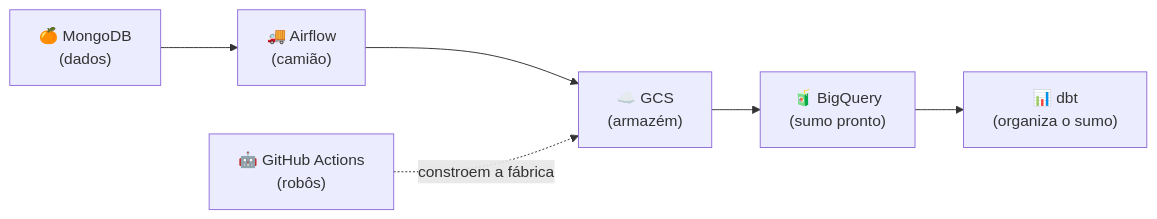
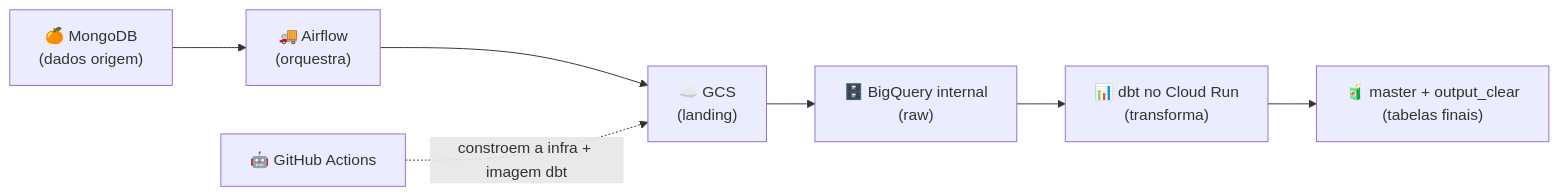
One commit to andreretorta/music-stream-rawdp changed the first of 2 diagrams in COMECAR_AQUI.md. Above: the diagram before and after it, drawn with Mermaid. The commit also changed other lines of this file and 3 other files, not shown here.

````diff
--- a/COMECAR_AQUI.md
+++ b/COMECAR_AQUI.md
@@ -266,8 +25,9 @@
 ```mermaid
 flowchart LR
-    A["🍊 MongoDB<br/>(dados)"] --> B["🚚 Airflow<br/>(camião)"]
-    B --> C["☁️ GCS<br/>(armazém)"]
-    C --> D["🧃 BigQuery<br/>(sumo pronto)"]
-    D --> E["📊 dbt<br/>(organiza o sumo)"]
-    F["🤖 GitHub Actions<br/>(robôs)"] -. "constroem a fábrica" .-> C
+    A["🍊 MongoDB<br/>(dados origem)"] --> B["🚚 Airflow<br/>(orquestra)"]
+    B --> C["☁️ GCS<br/>(landing)"]
+    C --> D["🗄️ BigQuery internal<br/>(raw)"]
+    D --> E["📊 dbt no Cloud Run<br/>(transforma)"]
+    E --> F["🧃 master + output_clear<br/>(tabelas finais)"]
+    G["🤖 GitHub Actions"] -. "constroem a infra + imagem dbt" .-> C
 ```
````
